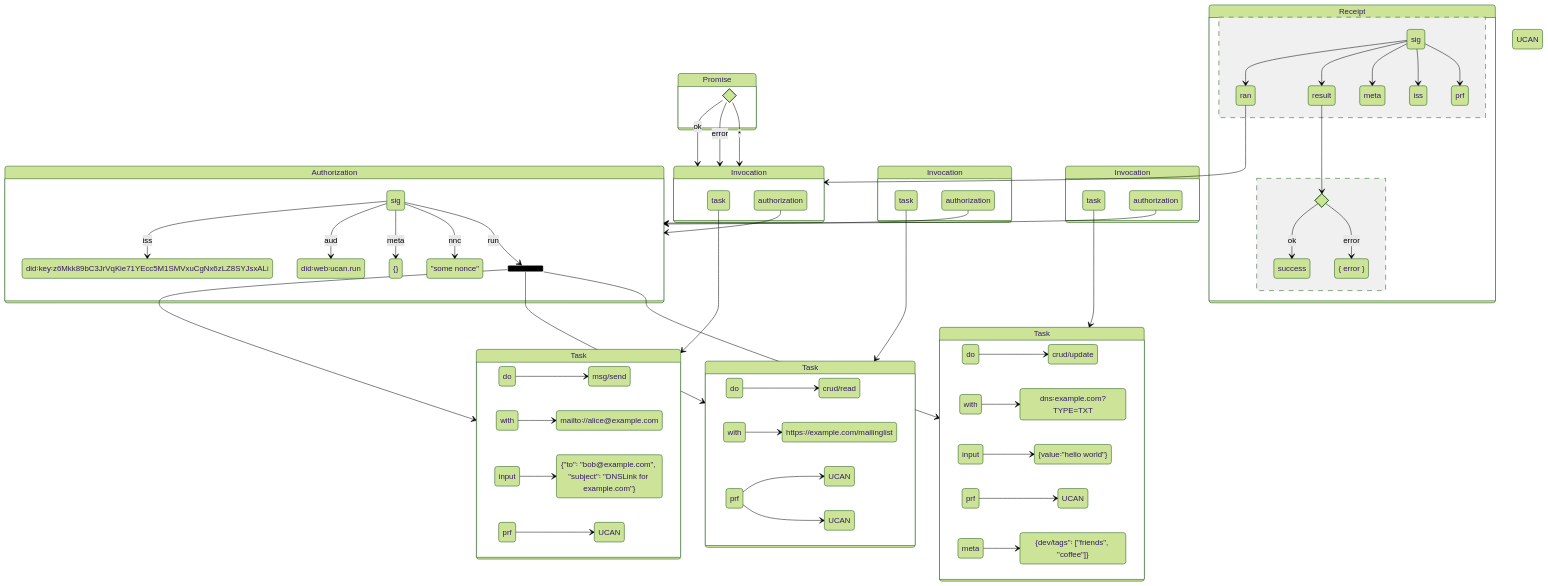
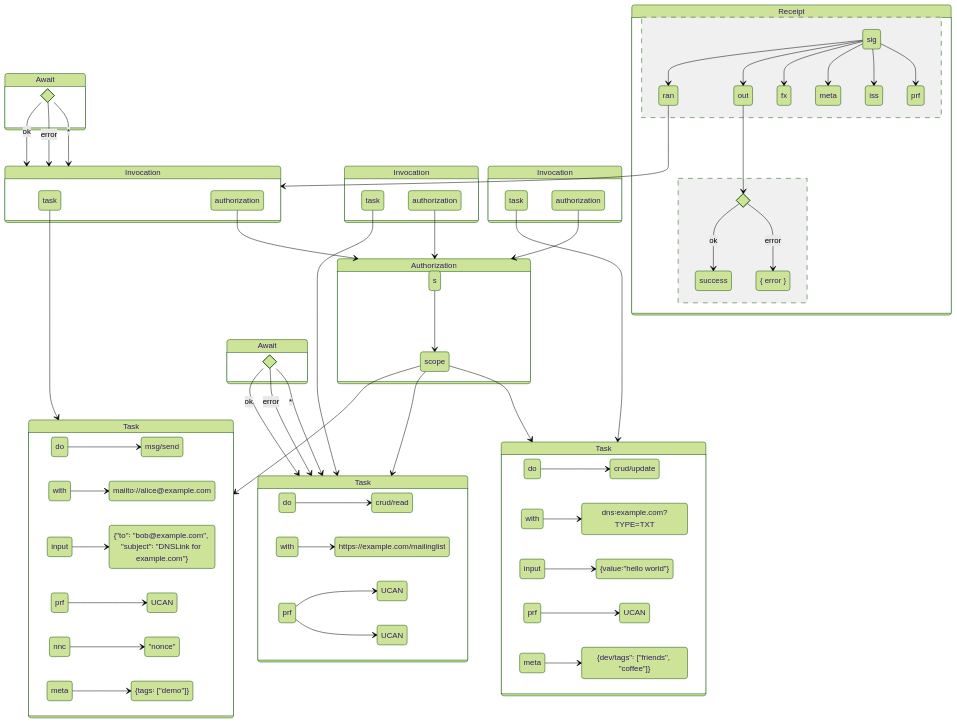
Before and after one commit to storacha/specs: the first of 3 diagrams in invocation.md, drawn with Mermaid (forest theme). The commit also changed other lines of this file, not shown here.

```diff
--- a/invocation.md
+++ b/invocation.md
@@ -190,7 +188,8 @@
 
 send: Invocation
 send.task: Task
-send.promise: Promise
+send.promise: Await
+read.promise: Await
 send.receipt: Receipt
 
 read: Invocation
@@ -199,25 +198,11 @@
 update: Invocation
 update.task: Task
 
-send.proof: UCAN
+state auth {
+  direction LR
 
-state auth {
-  direction TB
+  s-->scope
 
-  state run <<fork>>
-
-  sig-->iss: iss
-  sig-->aud: aud
-  sig-->meta: meta
-  sig-->nnc: nnc
-  sig-->run: run
-
-
-
-  iss: did꞉key꞉z6Mkk89bC3JrVqKie71YEcc5M1SMVxuCgNx6zLZ8SYJsxALi
-  aud: did꞉web꞉ucan.run
-  meta: {}
-  nnc: "some nonce"
 }
 
 state send.task {
@@ -227,16 +212,22 @@
   send.task.do: do
   send.task.with: with
   send.task.input: input
+  send.task.nnc: nnc
+  send.task.meta: meta
+  
 
   send.do: msg/send
   send.with: mailto꞉//alice@example.com
   send.input: {"to"꞉ "bob@example.com", "subject"꞉ "DNSLink for example.com"}
   send.prf: UCAN
+  send.task.meta.data: {tags꞉ ["demo"]}
 
   send.task.do --> send.do
   send.task.with --> send.with
   send.task.input --> send.input
   send.task.prf --> send.prf
+  send.task.nnc --> "nonce"
+  send.task.meta --> send.task.meta.data
 }
 
 state read.task {
@@ -301,10 +292,15 @@
   state send.promise.await <<choice>>
 }
 
+state read.promise {
+  state read.promise.await <<choice>>
+}
+
 state send.receipt {
  send.receipt.sig: sig
  send.receipt.ran: ran
- send.receipt.out: result
+ send.receipt.out: out
+ send.receipt.fx: fx
  send.receipt.meta: meta
  send.receipt.iss: iss
  send.receipt.prf: prf
@@ -328,19 +324,24 @@
 update.run --> update.task
 update.auth --> auth
 
-run --> send.task
-run --> read.task
-run --> update.task
+scope --> send.task
+scope --> read.task
+scope --> update.task
 
 
 send.promise.await --> send: ok
 send.promise.await --> send: error
 send.promise.await --> send: *
 
+read.promise.await --> read.task: ok
+read.promise.await --> read.task: error
+read.promise.await --> read.task: *
+
 
 send.receipt.out --> send.result
 send.receipt.sig --> send.receipt.ran
 send.receipt.sig --> send.receipt.out
+send.receipt.sig --> send.receipt.fx
 send.receipt.sig --> send.receipt.meta
 send.receipt.sig --> send.receipt.iss
 send.receipt.sig --> send.receipt.prf
```
